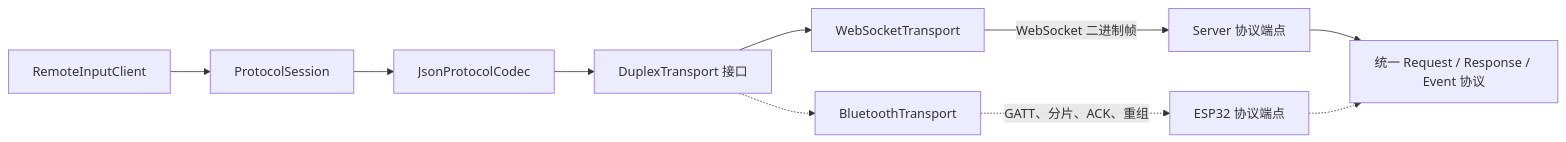
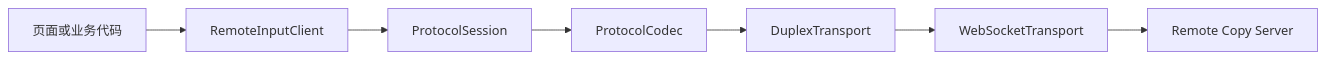
Before and after one commit to xunserver/remote-input: the first of 2 diagrams in packages/sdk/README.md, drawn with Mermaid. The commit also changed other lines of this file and 3 other files, not shown here.

````diff
--- a/packages/sdk/README.md
+++ b/packages/sdk/README.md
@@ -127,15 +54,9 @@
 ```mermaid
 flowchart LR
-    Client["RemoteInputClient"] --> Session["ProtocolSession"]
-    Session --> Codec["JsonProtocolCodec"]
-    Codec --> Port["DuplexTransport 接口"]
-
-    Port --> WS["WebSocketTransport"]
-    WS -->|"WebSocket 二进制帧"| Server["Server 协议端点"]
-
-    Port -.-> BLE["BluetoothTransport"]
-    BLE -.->|"GATT、分片、ACK、重组"| ESP["ESP32 协议端点"]
-
-    Server --> Contract["统一 Request / Response / Event 协议"]
-    ESP -.-> Contract
+    App["页面或业务代码"] --> Client["RemoteInputClient"]
+    Client --> Session["ProtocolSession"]
+    Session --> Codec["ProtocolCodec"]
+    Codec --> Transport["DuplexTransport"]
+    Transport --> WebSocket["WebSocketTransport"]
+    WebSocket --> Server["Remote Copy Server"]
 ```
````
